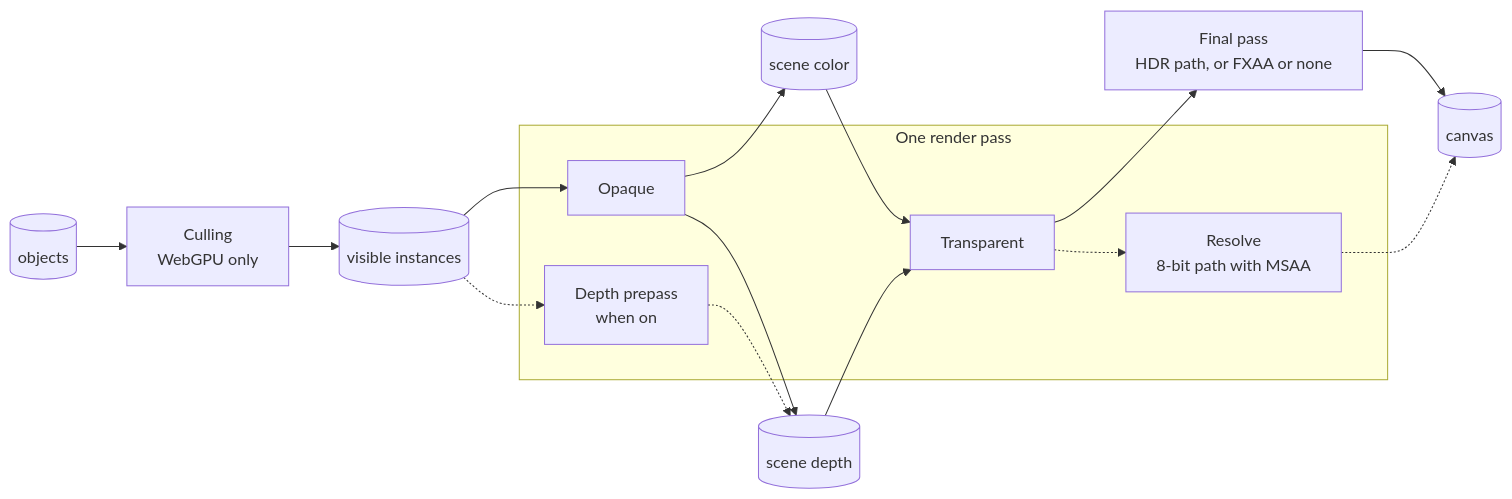
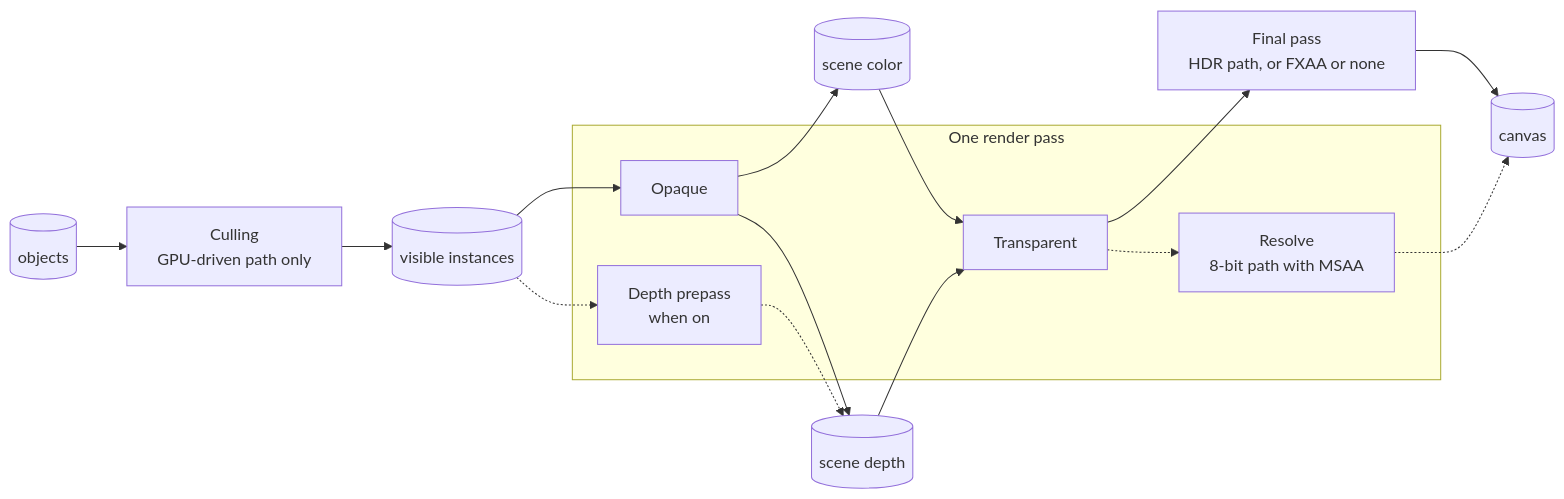
Before and after one commit to null3d-engine/null3d: the first of 2 diagrams in docs/concepts/render-graph.md, drawn with Mermaid. The commit also changed other lines of this file and 14 other files, not shown here.

````diff
--- a/docs/concepts/render-graph.md
+++ b/docs/concepts/render-graph.md
@@ -13,19 +13,19 @@
 ```mermaid
 flowchart LR
-    objects[("objects")] --> culling["Culling<br/>WebGPU only"] --> visible[("visible instances")]
+    objects[("objects")] --> culling["Culling<br/>GPU-driven path only"] --> visible[("visible instances")]
     visible --> opaque
     visible -.-> prepass
     subgraph scene["One render pass"]
         prepass["Depth prepass<br/>when on"]
         opaque["Opaque"]
         transparent["Transparent"]
         resolve["Resolve<br/>8-bit path with MSAA"]
     end
     prepass -.-> depth
     opaque --> color[("scene color")]
     opaque --> depth[("scene depth")]
     color --> transparent
     depth --> transparent
     transparent --> final["Final pass<br/>HDR path, or FXAA or none"] --> canvas[("canvas")]
     transparent -.-> resolve -.-> canvas
 ```
````
